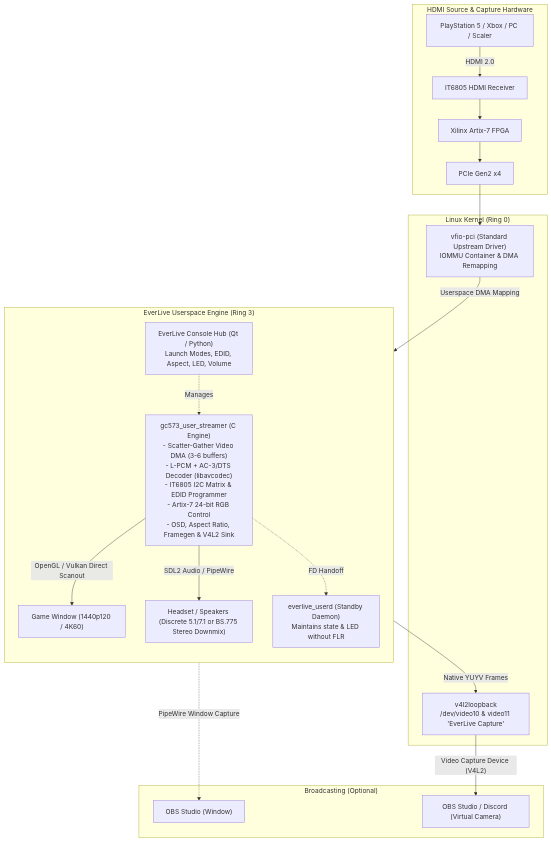
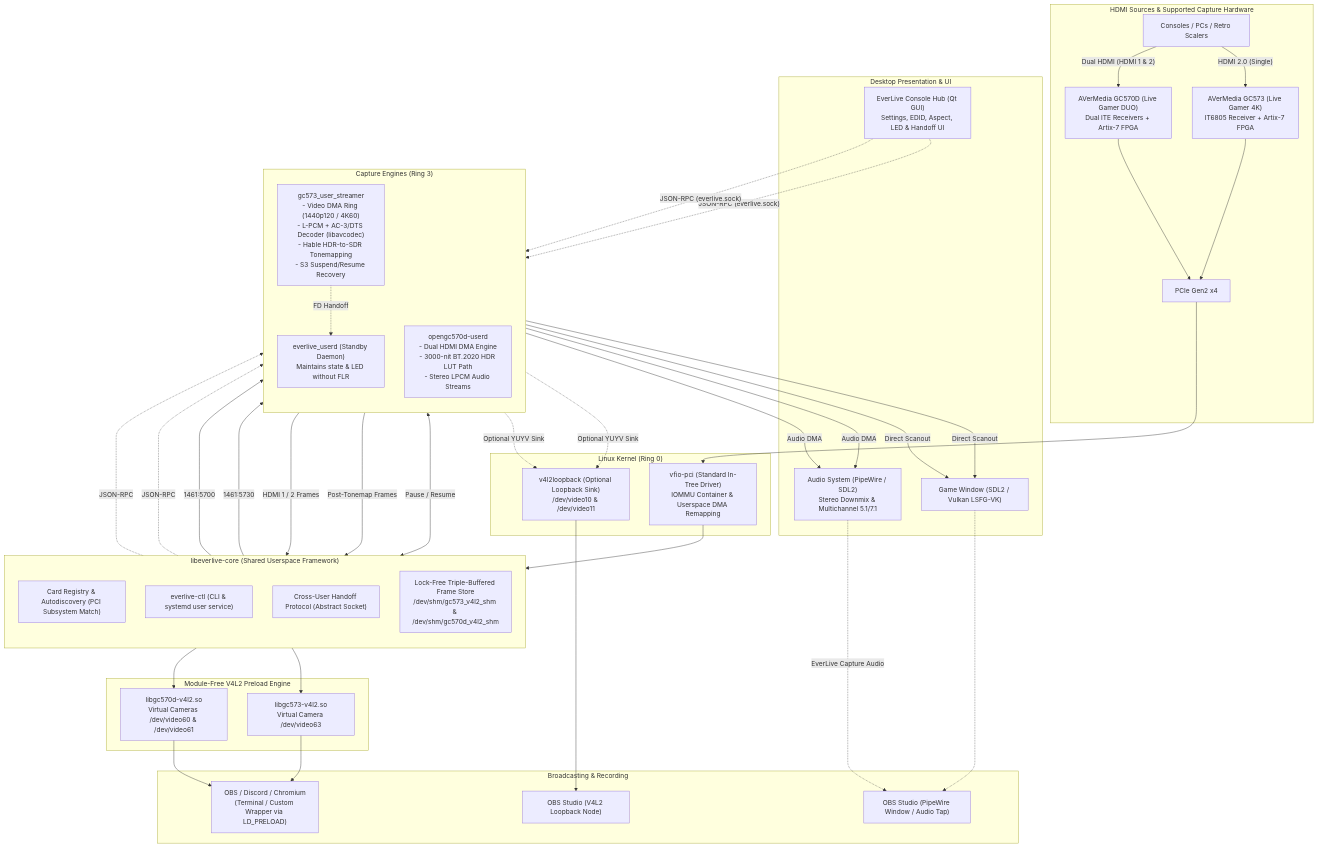
The diagram in README.md (Everlite/EverLive), drawn with Mermaid before and after one commit. The commit also changed other lines of this file and 13 other files, not shown here.

````diff
--- a/README.md
+++ b/README.md
@@ -352,31 +355,77 @@
 ```mermaid
 flowchart TD
-  subgraph Hardware["HDMI Source & Capture Hardware"]
-    source["PlayStation 5 / Xbox / PC / Scaler"] -->|HDMI 2.0| it6805["IT6805 HDMI Receiver"]
-    it6805 --> fpga["Xilinx Artix-7 FPGA"]
-    fpga --> pcie["PCIe Gen2 x4"]
+  subgraph Hardware["HDMI Sources & Supported Capture Hardware"]
+    source["Consoles / PCs / Retro Scalers"]
+    source -->|"HDMI 2.0 (Single)"| gc573_hw["AVerMedia GC573 (Live Gamer 4K)<br/>IT6805 Receiver + Artix-7 FPGA"]
+    source -->|"Dual HDMI (HDMI 1 & 2)"| gc570d_hw["AVerMedia GC570D (Live Gamer DUO)<br/>Dual ITE Receivers + Artix-7 FPGA"]
+    gc573_hw --> pcie["PCIe Gen2 x4"]
+    gc570d_hw --> pcie
   end
 
   subgraph Kernel["Linux Kernel (Ring 0)"]
-    vfio["vfio-pci (Standard Upstream Driver)<br/>IOMMU Container & DMA Remapping"]
-    v4l2dev["v4l2loopback<br/>/dev/video10 & video11 'EverLive Capture'"]
+    vfio["vfio-pci (Standard In-Tree Driver)<br/>IOMMU Container & Userspace DMA Remapping"]
+    v4l2loop["v4l2loopback (Optional Loopback Sink)<br/>/dev/video10 & /dev/video11"]
     pcie --> vfio
   end
 
-  subgraph Userspace["EverLive Userspace Engine (Ring 3)"]
+  subgraph Core["libeverlive-core (Shared Userspace Framework)"]
     direction TB
-    vfio -->|"Userspace DMA Mapping"| streamer["gc573_user_streamer (C Engine)<br/>- Scatter-Gather Video DMA (3-6 buffers)<br/>- L-PCM + AC-3/DTS Decoder (libavcodec)<br/>- IT6805 I2C Matrix & EDID Programmer<br/>- Artix-7 24-bit RGB Control<br/>- OSD, Aspect Ratio, Framegen & V4L2 Sink"]
-    
-    streamer -->|"OpenGL / Vulkan Direct Scanout"| window["Game Window (1440p120 / 4K60)"]
-    streamer -->|"Native YUYV Frames"| v4l2dev
-    streamer -->|"SDL2 Audio / PipeWire"| audio["Headset / Speakers (Discrete 5.1/7.1 or BS.775 Stereo Downmix)"]
-
-    gui["EverLive Console Hub (Qt / Python)<br/>Launch Modes, EDID, Aspect, LED, Volume"] -.->|Manages| streamer
-    streamer -.->|"FD Handoff"| daemon["everlive_userd (Standby Daemon)<br/>Maintains state & LED without FLR"]
+    registry["Card Registry & Autodiscovery (PCI Subsystem Match)"]
+    ctl["everlive-ctl (CLI & systemd user service)"]
+    handoff["Cross-User Handoff Protocol (Abstract Socket)"]
+    shm["Lock-Free Triple-Buffered Frame Store<br/>/dev/shm/gc573_v4l2_shm & /dev/shm/gc570d_v4l2_shm"]
   end
 
-  subgraph OBS["Broadcasting (Optional)"]
-    window -.->|"PipeWire Window Capture"| obspw["OBS Studio (Window)"]
-    v4l2dev -->|"Video Capture Device (V4L2)"| obsv4l2["OBS Studio / Discord (Virtual Camera)"]
+  subgraph Engines["Capture Engines (Ring 3)"]
+    direction TB
+    streamer573["gc573_user_streamer<br/>- Video DMA Ring (1440p120 / 4K60)<br/>- L-PCM + AC-3/DTS Decoder (libavcodec)<br/>- Hable HDR-to-SDR Tonemapping<br/>- S3 Suspend/Resume Recovery"]
+    keeper573["everlive_userd (Standby Daemon)<br/>Maintains state & LED without FLR"]
+    streamer570["opengc570d-userd<br/>- Dual HDMI DMA Engine<br/>- 3000-nit BT.2020 HDR LUT Path<br/>- Stereo LPCM Audio Streams"]
   end
+
+  subgraph Preload["Module-Free V4L2 Preload Engine"]
+    shim573["libgc573-v4l2.so<br/>Virtual Camera /dev/video63"]
+    shim570["libgc570d-v4l2.so<br/>Virtual Cameras /dev/video60 & /dev/video61"]
+  end
+
+  subgraph Presentation["Desktop Presentation & UI"]
+    gui["EverLive Console Hub (Qt GUI)<br/>Settings, EDID, Aspect, LED & Handoff UI"]
+    window["Game Window (SDL2 / Vulkan LSFG-VK)"]
+    audio["Audio System (PipeWire / SDL2)<br/>Stereo Downmix & Multichannel 5.1/7.1"]
+  end
+
+  subgraph Broadcasting["Broadcasting & Recording"]
+    obs_preload["OBS / Discord / Chromium<br/>(Terminal / Custom Wrapper via LD_PRELOAD)"]
+    obs_loopback["OBS Studio (V4L2 Loopback Node)"]
+    obs_pw["OBS Studio (PipeWire Window / Audio Tap)"]
+  end
+
+  vfio --> registry
+  registry -->|"1461:5730"| streamer573
+  registry -->|"1461:5700"| streamer570
+  streamer573 -.->|"FD Handoff"| keeper573
+  streamer573 <-->|"Pause / Resume"| handoff
+
+  streamer573 -->|"Post-Tonemap Frames"| shm
+  streamer570 -->|"HDMI 1 / 2 Frames"| shm
+  streamer573 -->|"Direct Scanout"| window
+  streamer570 -->|"Direct Scanout"| window
+  streamer573 -->|"Audio DMA"| audio
+  streamer570 -->|"Audio DMA"| audio
+
+  streamer573 -.->|"Optional YUYV Sink"| v4l2loop
+  streamer570 -.->|"Optional YUYV Sink"| v4l2loop
+
+  shm --> shim573
+  shm --> shim570
+  shim573 --> obs_preload
+  shim570 --> obs_preload
+  v4l2loop --> obs_loopback
+  window -.-> obs_pw
+  audio -.->|"EverLive Capture Audio"| obs_pw
+
+  gui -.->|"JSON-RPC (everlive.sock)"| streamer573
+  gui -.->|"JSON-RPC (everlive.sock)"| streamer570
+  ctl -.->|"JSON-RPC"| streamer573
+  ctl -.->|"JSON-RPC"| streamer570
 ```
````
